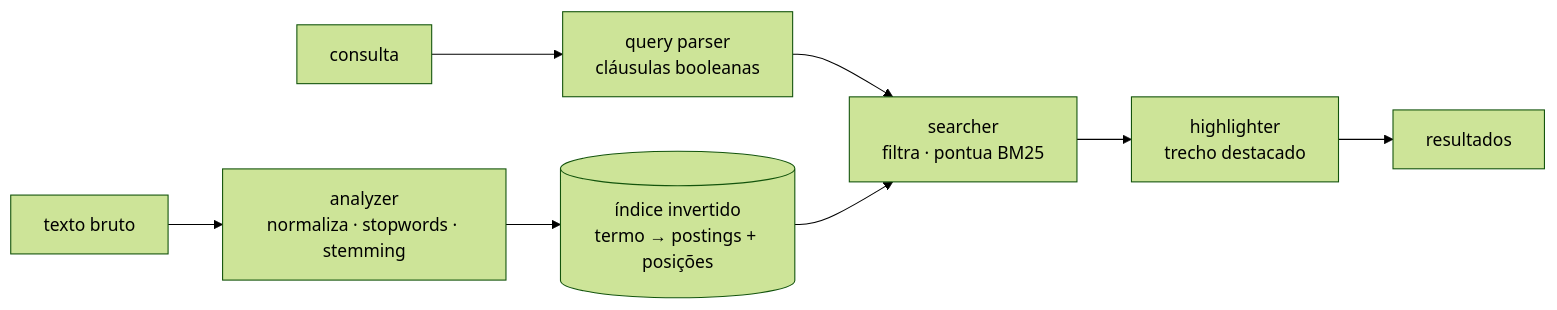
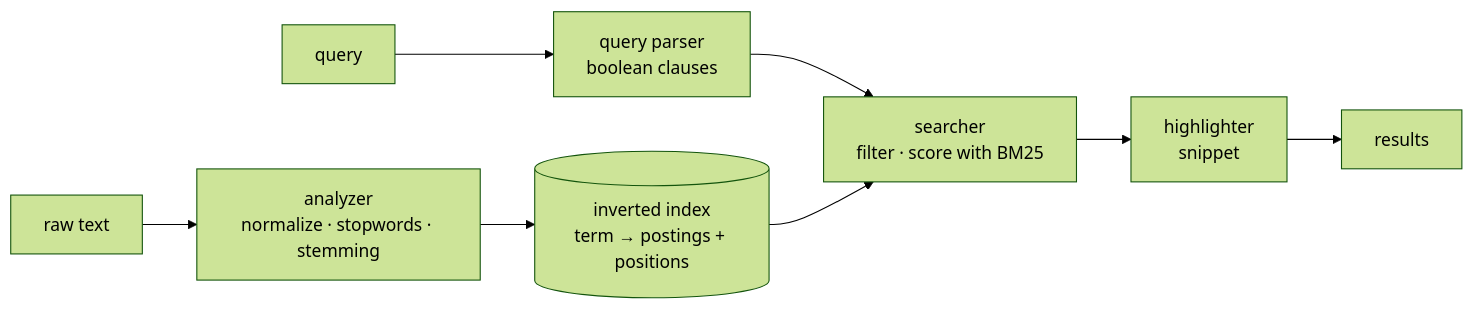
Before and after one commit to digomes87/farol: the diagram in README.md, drawn with Mermaid (forest theme). The commit also changed other lines of this file and 19 other files, not shown here.

````diff
--- a/README.md
+++ b/README.md
@@ -83,10 +83,10 @@
 ```mermaid
 flowchart LR
-    A[texto bruto] --> B[analyzer<br/>normaliza · stopwords · stemming]
-    B --> C[(índice invertido<br/>termo → postings + posições)]
-    D[consulta] --> E[query parser<br/>cláusulas booleanas]
-    E --> F[searcher<br/>filtra · pontua BM25]
+    A[raw text] --> B[analyzer<br/>normalize · stopwords · stemming]
+    B --> C[(inverted index<br/>term → postings + positions)]
+    D[query] --> E[query parser<br/>boolean clauses]
+    E --> F[searcher<br/>filter · score with BM25]
     C --> F
-    F --> G[highlighter<br/>trecho destacado]
-    G --> H[resultados]
+    F --> G[highlighter<br/>snippet]
+    G --> H[results]
 ```
````
